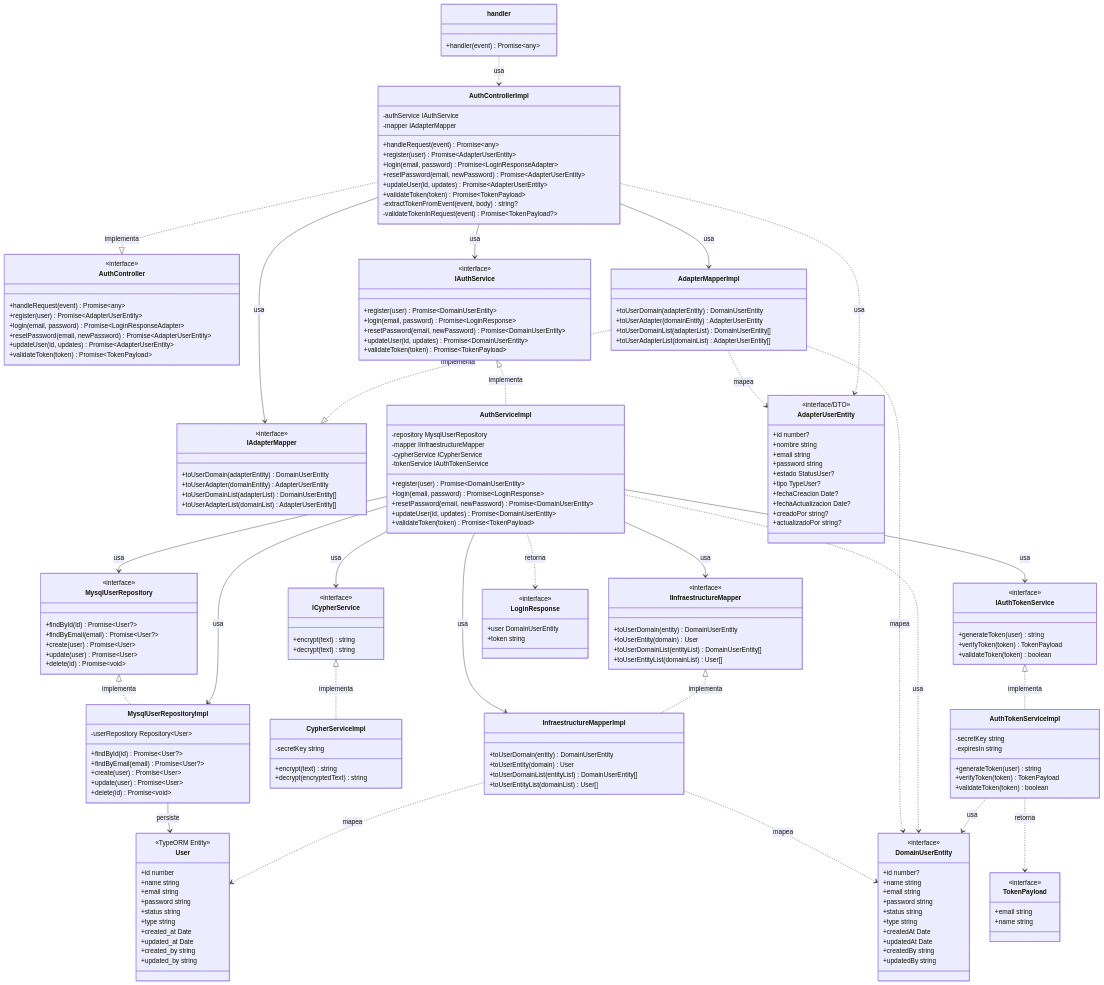
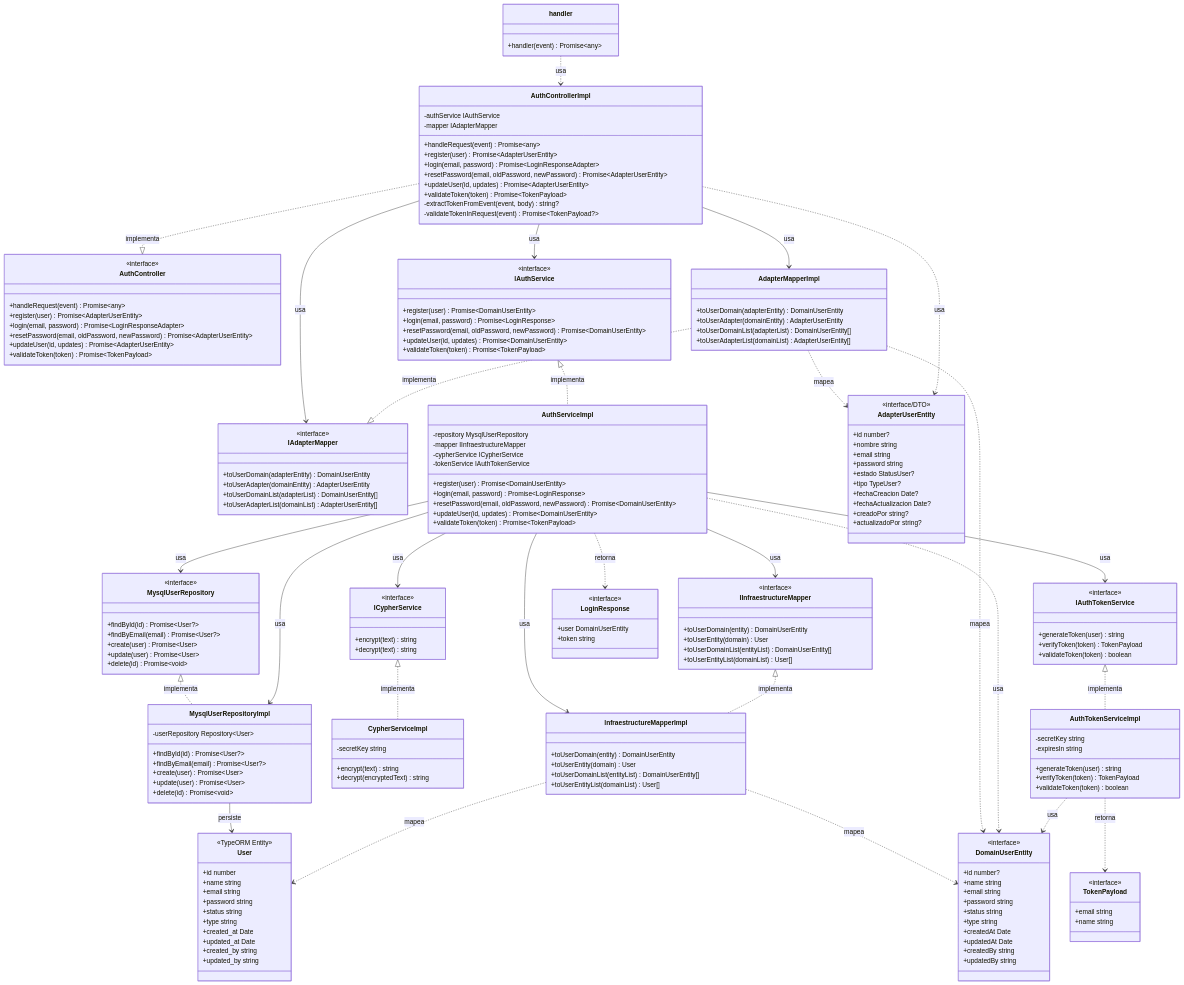
The diagram in docs/class-diagram.mmd (david-ortegac/ms_rapiserv_auth_lambdas), drawn with Mermaid before and after one commit. The commit also changed 7 other files, not shown here.

Commit message:
♻️ Added validate to reset password, added changes in diagrams

```diff
--- a/docs/class-diagram.mmd
+++ b/docs/class-diagram.mmd
@@ -13,7 +13,7 @@
         +handleRequest(event) Promise~any~
         +register(user) Promise~AdapterUserEntity~
         +login(email, password) Promise~LoginResponseAdapter~
-        +resetPassword(email, newPassword) Promise~AdapterUserEntity~
+        +resetPassword(email, oldPassword, newPassword) Promise~AdapterUserEntity~
         +updateUser(id, updates) Promise~AdapterUserEntity~
         +validateToken(token) Promise~TokenPayload~
     }
@@ -33,7 +33,7 @@
         +handleRequest(event) Promise~any~
         +register(user) Promise~AdapterUserEntity~
         +login(email, password) Promise~LoginResponseAdapter~
-        +resetPassword(email, newPassword) Promise~AdapterUserEntity~
+        +resetPassword(email, oldPassword, newPassword) Promise~AdapterUserEntity~
         +updateUser(id, updates) Promise~AdapterUserEntity~
         +validateToken(token) Promise~TokenPayload~
         -extractTokenFromEvent(event, body) string?
@@ -52,7 +52,7 @@
         <<interface>>
         +register(user) Promise~DomainUserEntity~
         +login(email, password) Promise~LoginResponse~
-        +resetPassword(email, newPassword) Promise~DomainUserEntity~
+        +resetPassword(email, oldPassword, newPassword) Promise~DomainUserEntity~
         +updateUser(id, updates) Promise~DomainUserEntity~
         +validateToken(token) Promise~TokenPayload~
     }
@@ -78,7 +78,7 @@
         -tokenService IAuthTokenService
         +register(user) Promise~DomainUserEntity~
         +login(email, password) Promise~LoginResponse~
-        +resetPassword(email, newPassword) Promise~DomainUserEntity~
+        +resetPassword(email, oldPassword, newPassword) Promise~DomainUserEntity~
         +updateUser(id, updates) Promise~DomainUserEntity~
         +validateToken(token) Promise~TokenPayload~
     }
```
